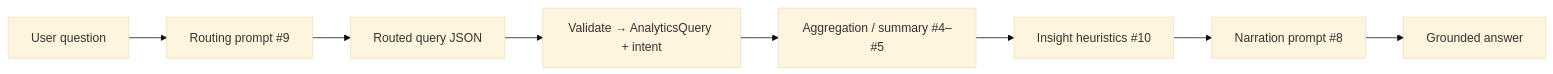
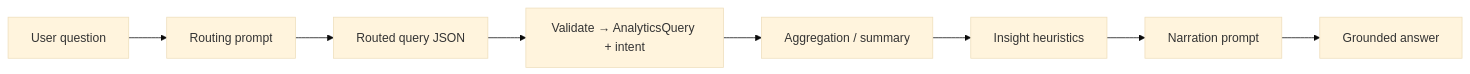
The diagram in docs/question-answering.md (RoxanaTapia/receipt-intelligence-api), drawn with Mermaid (base theme) before and after one commit. The commit also changed other lines of this file and 9 other files, not shown here.

````diff
--- a/docs/question-answering.md
+++ b/docs/question-answering.md
@@ -24,10 +24,10 @@
 ```mermaid
 flowchart LR
-  Q["User question"] --> R["Routing prompt #9"]
+  Q["User question"] --> R["Routing prompt"]
   R --> J["Routed query JSON"]
   J --> V["Validate → AnalyticsQuery + intent"]
-  V --> A["Aggregation / summary #4–#5"]
-  A --> I["Insight heuristics #10"]
-  I --> N["Narration prompt #8"]
+  V --> A["Aggregation / summary"]
+  A --> I["Insight heuristics"]
+  I --> N["Narration prompt"]
   N --> Ans["Grounded answer"]
 ```
````
